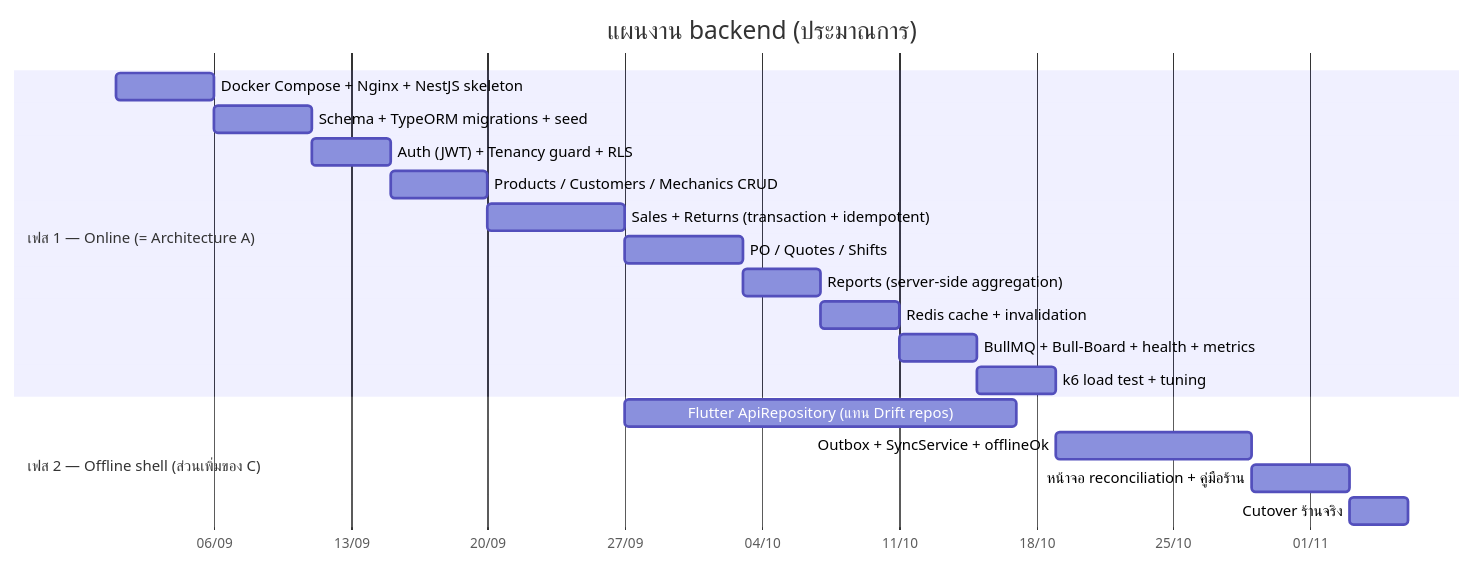
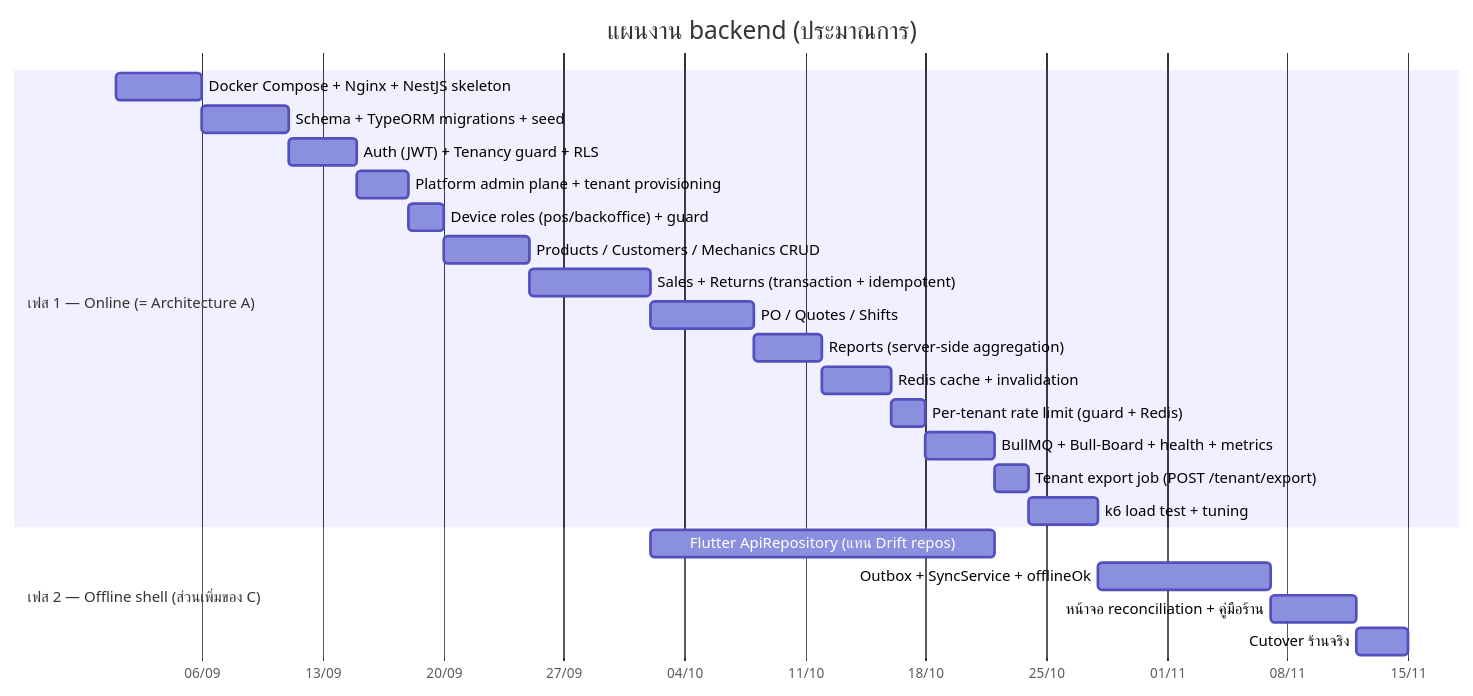
Before and after one commit to NuimanLP/srisurart-pos-flutter: the seventh of 7 diagrams in docs/Backend_design/03_ARCHITECTURE.md, drawn with Mermaid. The commit also changed other lines of this file and 15 other files, not shown here.

````diff
--- a/docs/Backend_design/03_ARCHITECTURE.md
+++ b/docs/Backend_design/03_ARCHITECTURE.md
@@ -407,22 +440,26 @@
 ```mermaid
 gantt
     title แผนงาน backend (ประมาณการ)
     dateFormat YYYY-MM-DD
     axisFormat %d/%m
     section เฟส 1 — Online (= Architecture A)
     Docker Compose + Nginx + NestJS skeleton   :p1, 2026-09-01, 5d
     Schema + TypeORM migrations + seed         :p2, after p1, 5d
     Auth (JWT) + Tenancy guard + RLS           :p3, after p2, 4d
-    Products / Customers / Mechanics CRUD      :p4, after p3, 5d
+    Platform admin plane + tenant provisioning :p3b, after p3, 3d
+    Device roles (pos/backoffice) + guard      :p3c, after p3b, 2d
+    Products / Customers / Mechanics CRUD      :p4, after p3c, 5d
     Sales + Returns (transaction + idempotent) :p5, after p4, 7d
     PO / Quotes / Shifts                       :p6, after p5, 6d
     Reports (server-side aggregation)          :p7, after p6, 4d
     Redis cache + invalidation                 :p8, after p7, 4d
-    BullMQ + Bull-Board + health + metrics     :p9, after p8, 4d
-    k6 load test + tuning                      :p10, after p9, 4d
+    Per-tenant rate limit (guard + Redis)      :p8b, after p8, 2d
+    BullMQ + Bull-Board + health + metrics     :p9, after p8b, 4d
+    Tenant export job (POST /tenant/export)    :p9b, after p9, 2d
+    k6 load test + tuning                      :p10, after p9b, 4d
     section เฟส 2 — Offline shell (ส่วนเพิ่มของ C)
     Flutter ApiRepository (แทน Drift repos)    :q1, after p5, 20d
     Outbox + SyncService + offlineOk           :q2, after p10, 10d
     หน้าจอ reconciliation + คู่มือร้าน          :q3, after q2, 5d
     Cutover ร้านจริง                            :q4, after q3, 3d
 ```
````
